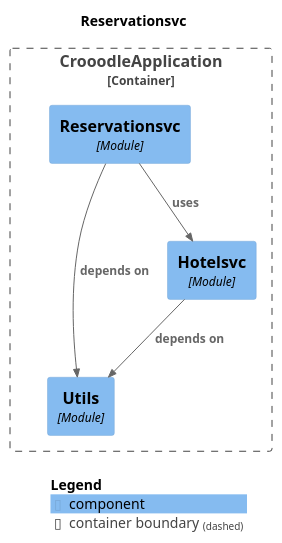
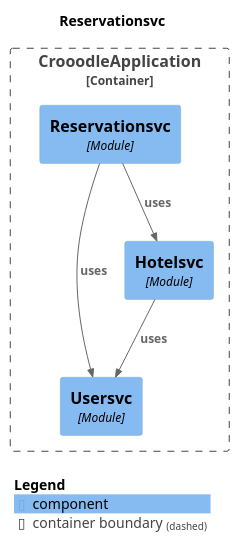
Before and after one commit to rchuk/crooodle: the diagram in backend/docs/module-reservationsvc.puml, drawn with PlantUML. The commit also changed 2 other files, not shown here.

```diff
--- a/backend/docs/module-reservationsvc.puml
+++ b/backend/docs/module-reservationsvc.puml
@@ -1,22 +1,22 @@
 @startuml
 set separator none
 title Reservationsvc
 
 top to bottom direction
 
 !include <C4/C4>
 !include <C4/C4_Context>
 !include <C4/C4_Component>
 
 Container_Boundary("CrooodleApplication.CrooodleApplication_boundary", "CrooodleApplication", $tags="") {
-  Component(CrooodleApplication.CrooodleApplication.Utils, "Utils", $techn="Module", $descr="", $tags="", $link="")
+  Component(CrooodleApplication.CrooodleApplication.Usersvc, "Usersvc", $techn="Module", $descr="", $tags="", $link="")
   Component(CrooodleApplication.CrooodleApplication.Hotelsvc, "Hotelsvc", $techn="Module", $descr="", $tags="", $link="")
   Component(CrooodleApplication.CrooodleApplication.Reservationsvc, "Reservationsvc", $techn="Module", $descr="", $tags="", $link="")
 }
 
-Rel(CrooodleApplication.CrooodleApplication.Hotelsvc, CrooodleApplication.CrooodleApplication.Utils, "depends on", $techn="", $tags="", $link="")
-Rel(CrooodleApplication.CrooodleApplication.Reservationsvc, CrooodleApplication.CrooodleApplication.Utils, "depends on", $techn="", $tags="", $link="")
 Rel(CrooodleApplication.CrooodleApplication.Reservationsvc, CrooodleApplication.CrooodleApplication.Hotelsvc, "uses", $techn="", $tags="", $link="")
+Rel(CrooodleApplication.CrooodleApplication.Reservationsvc, CrooodleApplication.CrooodleApplication.Usersvc, "uses", $techn="", $tags="", $link="")
+Rel(CrooodleApplication.CrooodleApplication.Hotelsvc, CrooodleApplication.CrooodleApplication.Usersvc, "uses", $techn="", $tags="", $link="")
 
 SHOW_LEGEND(true)
 @enduml
```
